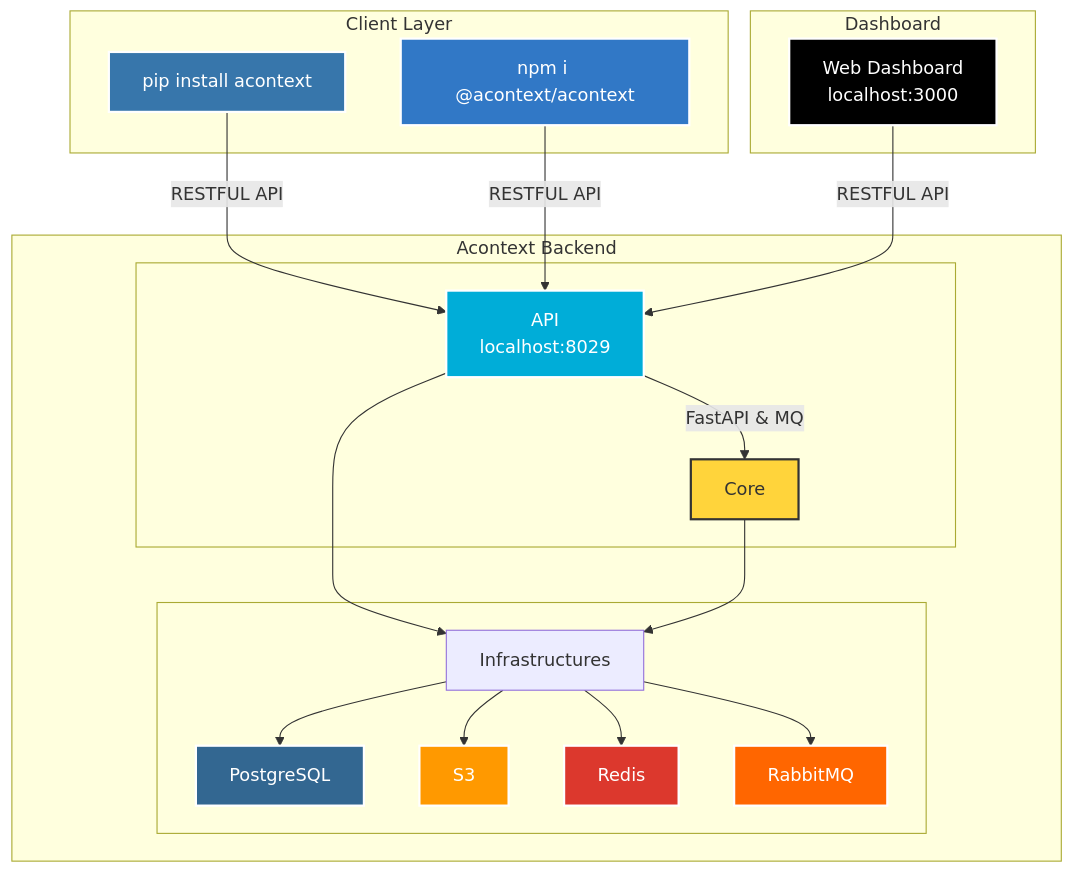
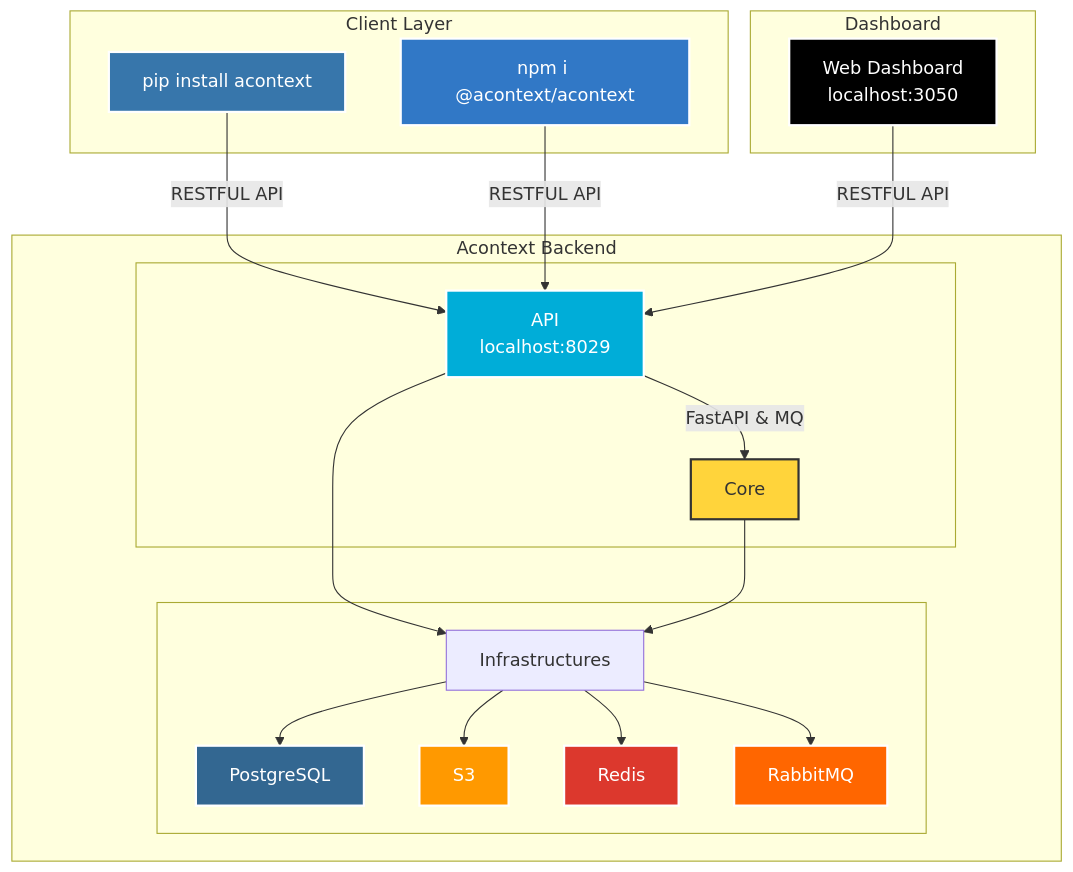
Before and after one commit to LegendEvent/Acontext: the first of 2 diagrams in readme/de/README.md, drawn with Mermaid. The commit also changed other lines of this file and 43 other files, not shown here.

````diff
--- a/readme/de/README.md
+++ b/readme/de/README.md
@@ -106,49 +106,49 @@
 ```mermaid
 graph TB
     subgraph "Client Layer"
         PY["pip install acontext"]
         TS["npm i @acontext/acontext"]
     end
     
     subgraph "Acontext Backend"
       subgraph " "
           API["API<br/>localhost:8029"]
           CORE["Core"]
           API -->|FastAPI & MQ| CORE
       end
       
       subgraph " "
           Infrastructure["Infrastructures"]
           PG["PostgreSQL"]
           S3["S3"]
           REDIS["Redis"]
           MQ["RabbitMQ"]
       end
     end
     
     subgraph "Dashboard"
-        UI["Web Dashboard<br/>localhost:3000"]
+        UI["Web Dashboard<br/>localhost:3050"]
     end
     
     PY -->|RESTFUL API| API
     TS -->|RESTFUL API| API
     UI -->|RESTFUL API| API
     API --> Infrastructure
     CORE --> Infrastructure
 
     Infrastructure --> PG
     Infrastructure --> S3
     Infrastructure --> REDIS
     Infrastructure --> MQ
     
     
     style PY fill:#3776ab,stroke:#fff,stroke-width:2px,color:#fff
     style TS fill:#3178c6,stroke:#fff,stroke-width:2px,color:#fff
     style API fill:#00add8,stroke:#fff,stroke-width:2px,color:#fff
     style CORE fill:#ffd43b,stroke:#333,stroke-width:2px,color:#333
     style UI fill:#000,stroke:#fff,stroke-width:2px,color:#fff
     style PG fill:#336791,stroke:#fff,stroke-width:2px,color:#fff
     style S3 fill:#ff9900,stroke:#fff,stroke-width:2px,color:#fff
     style REDIS fill:#dc382d,stroke:#fff,stroke-width:2px,color:#fff
     style MQ fill:#ff6600,stroke:#fff,stroke-width:2px,color:#fff
 ```
````
